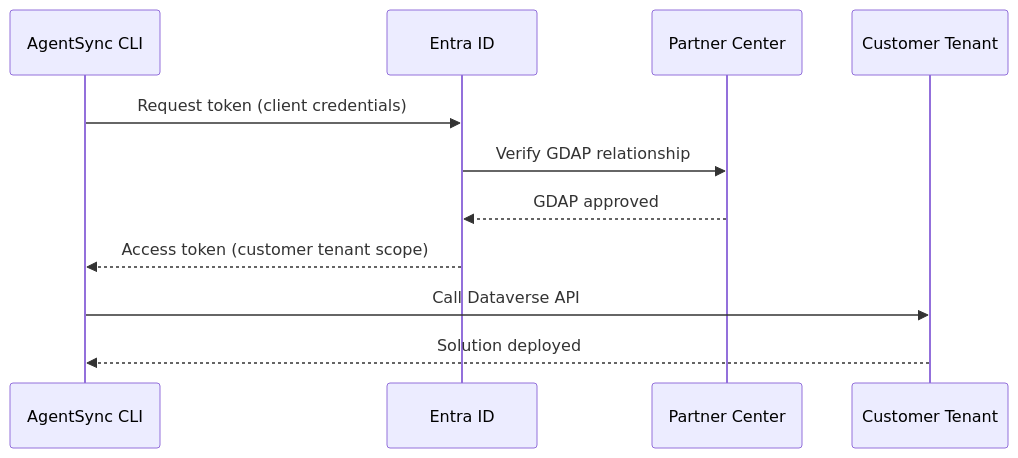
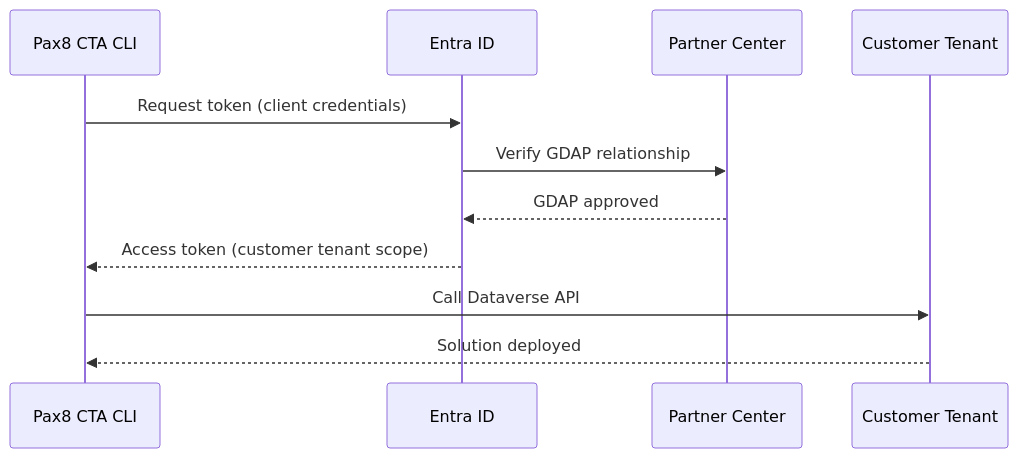
The diagram in README.md (pax8labs/pax8-cta), drawn with Mermaid before and after one commit. The commit also changed other lines of this file and 44 other files, not shown here.

First line of the commit message:
chore: rebrand prose AgentSync -> Pax8 CTA

````diff
--- a/README.md
+++ b/README.md
@@ -503,14 +503,14 @@
 ```mermaid
 sequenceDiagram
-    participant CLI as AgentSync CLI
+    participant CLI as Pax8 CTA CLI
     participant Entra as Entra ID
     participant GDAP as Partner Center
     participant Tenant as Customer Tenant
 
     CLI->>Entra: Request token (client credentials)
     Entra->>GDAP: Verify GDAP relationship
     GDAP-->>Entra: GDAP approved
     Entra-->>CLI: Access token (customer tenant scope)
     CLI->>Tenant: Call Dataverse API
     Tenant-->>CLI: Solution deployed
 ```
````
